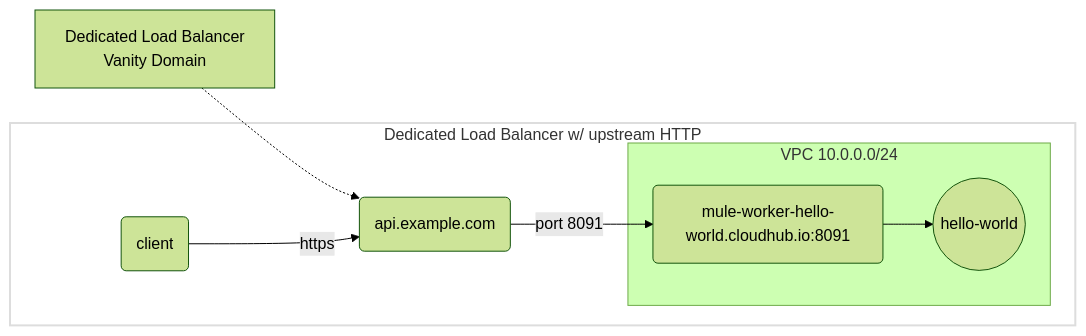
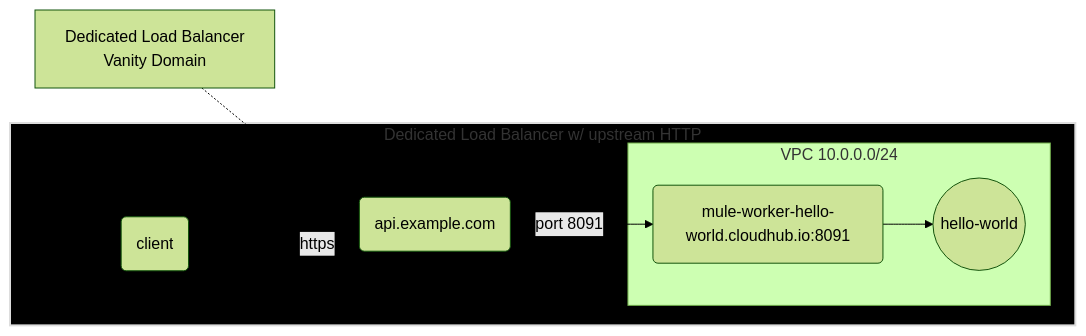
The third of 5 diagrams in _posts/2021/2021-01-02-netcat-mulesoft-cloudhub.md (dhimate/dhimate.github.io), drawn with Mermaid (forest theme) before and after one commit. The commit also changed other lines of this file, not shown here.

Commit message:
Updated mermaid syntax

````diff
--- a/_posts/2021/2021-01-02-netcat-mulesoft-cloudhub.md
+++ b/_posts/2021/2021-01-02-netcat-mulesoft-cloudhub.md
@@ -65,12 +65,12 @@
-```mermaid
+<pre class="mermaid">
 flowchart LR
    l1[Dedicated Load Balancer<br/>Vanity Domain]-.->c1 
     subgraph C[Dedicated Load Balancer w/ upstream HTTP]
         u(client)--https-->c1
         c1(api.example.com<br/>)--port 8091-->a1
         subgraph VPC 10.0.0.0/24
         a1(mule-worker-hello-world.cloudhub.io:8091)-->id1((hello-world))
         end
     end
- style C fill:#FFF,stroke:#DDD,stroke-width:2px,font-face:Ubuntu
-```
+ style C fill:#000,stroke:#DDD,stroke-width:2px,font-face:Ubuntu
+</pre>
````
